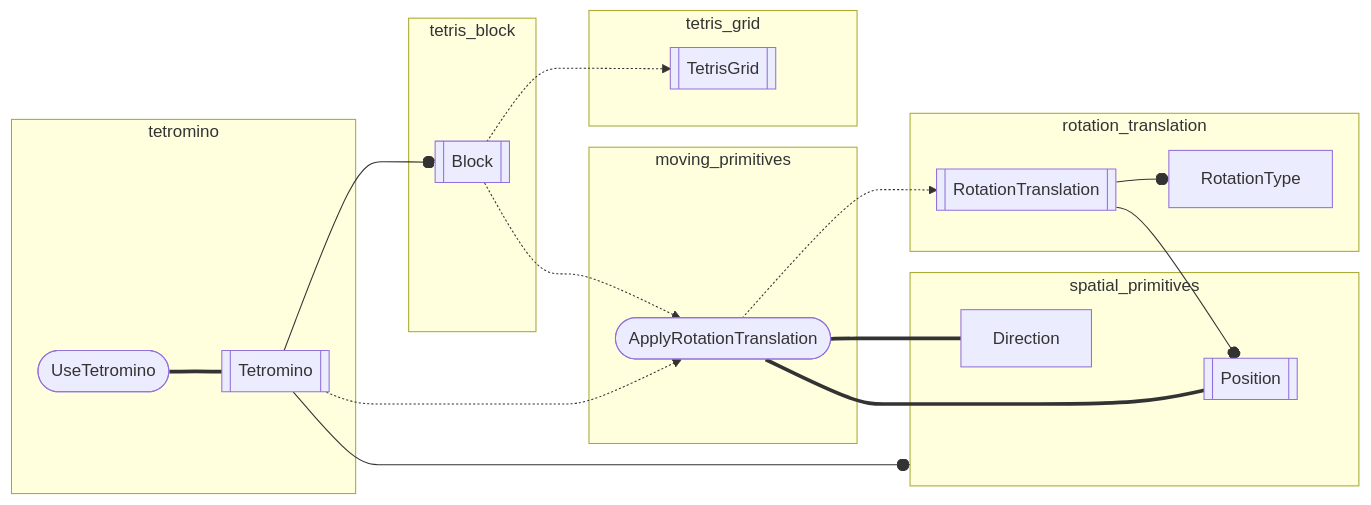
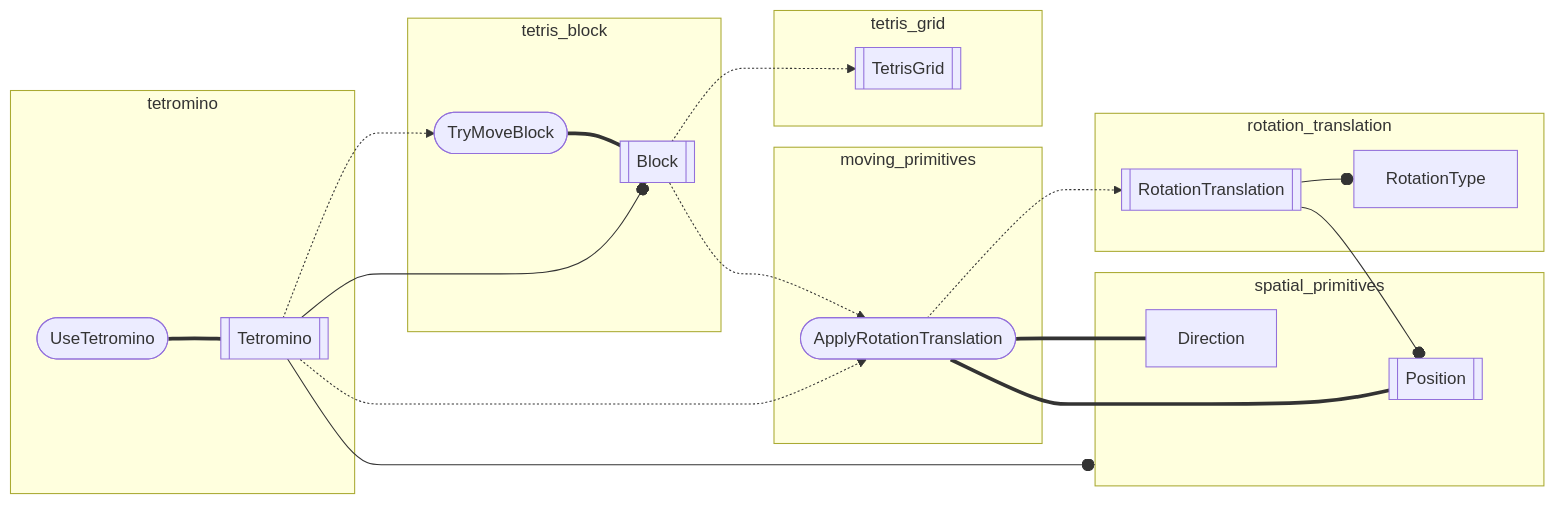
One commit to inesvar/tetris changed the first of 2 diagrams in src/app/player/back_end/flowgraph.md. Above: the diagram before and after it, drawn with Mermaid. The commit also changed 8 other files, not shown here.

Commit message:
Add trait TryMoveBlock

````diff
--- a/src/app/player/back_end/flowgraph.md
+++ b/src/app/player/back_end/flowgraph.md
@@ -3,54 +3,55 @@
 ```mermaid
 graph LR
     %% objects
     Position[[Position]]
-    Block[[Block]]
     Direction[Direction]
     RotationTranslation[[RotationTranslation]]
     RotationType[RotationType]
     ApplyRotationTranslation([ApplyRotationTranslation])
+    Block[[Block]]
+    TryMoveBlock([TryMoveBlock])
     TetrisGrid[[TetrisGrid]]
     Tetromino[[Tetromino]]
     UseTetromino([UseTetromino])
 
     %% modules
     spatial_primitives[spatial_primitives]
     rotation_translation[rotation_translation]
     moving_primitives[moving_primitives]
     tetromino[tetromino]
 
     subgraph spatial_primitives
         Direction ~~~ Position
     end
     
 
     subgraph rotation_translation
         RotationTranslation --o RotationType
     end
 
     RotationTranslation --o Position
 
     subgraph moving_primitives
         ApplyRotationTranslation
     end
 
     ApplyRotationTranslation === Position & Direction
     ApplyRotationTranslation -.-> RotationTranslation
     
     subgraph tetris_block
-        Block
+        TryMoveBlock === Block
     end
 
     subgraph tetris_grid
         TetrisGrid
     end
 
     Block -.-> ApplyRotationTranslation & TetrisGrid
 
     subgraph tetromino
         UseTetromino === Tetromino
     end
 
     Tetromino --o spatial_primitives & Block
-    Tetromino -.-> ApplyRotationTranslation
+    Tetromino -.-> ApplyRotationTranslation & TryMoveBlock
 ```
````
